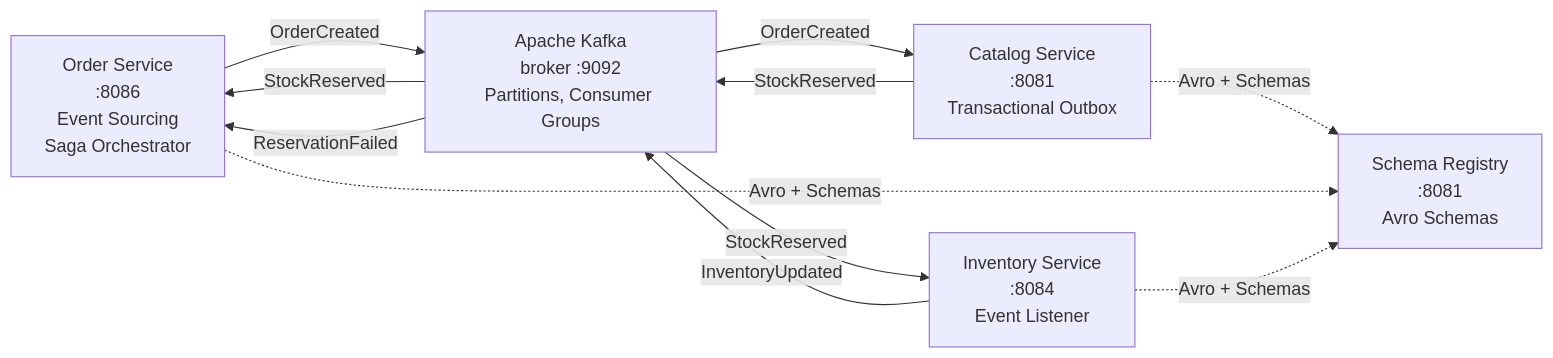
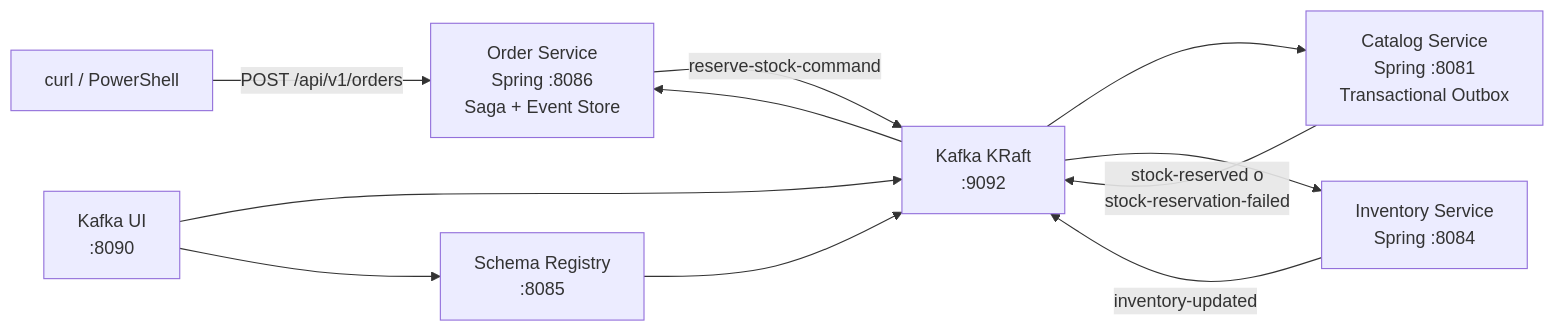
One commit to joedayz/microservicios-2026 changed the diagram in modulo-04-comunicacion-asincrona/README.md. Above: the diagram before and after it, drawn with Mermaid. The commit also changed other lines of this file and 7 other files, not shown here.

````diff
--- a/modulo-04-comunicacion-asincrona/README.md
+++ b/modulo-04-comunicacion-asincrona/README.md
@@ -56,20 +22,21 @@
 ```mermaid
 flowchart LR
-    ORD["Order Service<br/>:8086<br/>Event Sourcing<br/>Saga Orchestrator"]
-    CAT["Catalog Service<br/>:8081<br/>Transactional Outbox"]
-    INV["Inventory Service<br/>:8084<br/>Event Listener"]
-    KAFKA["Apache Kafka<br/>broker :9092<br/>Partitions, Consumer Groups"]
-    SCHEMA["Schema Registry<br/>:8081<br/>Avro Schemas"]
-    
-    ORD -->|OrderCreated| KAFKA
-    KAFKA -->|OrderCreated| CAT
-    KAFKA -->|StockReserved| ORD
-    KAFKA -->|ReservationFailed| ORD
-    CAT -->|StockReserved| KAFKA
-    KAFKA -->|StockReserved| INV
-    INV -->|InventoryUpdated| KAFKA
-    
-    CAT -.->|Avro + Schemas| SCHEMA
-    ORD -.->|Avro + Schemas| SCHEMA
-    INV -.->|Avro + Schemas| SCHEMA
+    CLIENT["curl / PowerShell"]
+    ORD["Order Service<br/>Spring :8086<br/>Saga + Event Store"]
+    CAT["Catalog Service<br/>Spring :8081<br/>Transactional Outbox"]
+    INV["Inventory Service<br/>Spring :8084"]
+    KAFKA["Kafka KRaft<br/>:9092"]
+    SR["Schema Registry<br/>:8085"]
+    UI["Kafka UI<br/>:8090"]
+
+    CLIENT -->|POST /api/v1/orders| ORD
+    ORD -->|reserve-stock-command| KAFKA
+    KAFKA --> CAT
+    CAT -->|stock-reserved o<br/>stock-reservation-failed| KAFKA
+    KAFKA --> ORD
+    KAFKA --> INV
+    INV -->|inventory-updated| KAFKA
+    SR --> KAFKA
+    UI --> KAFKA
+    UI --> SR
 ```
````
